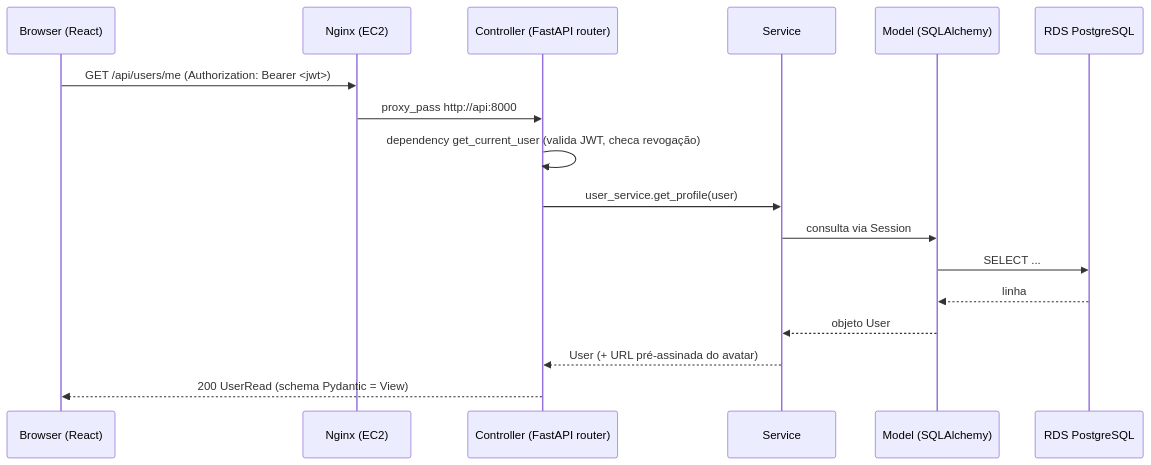
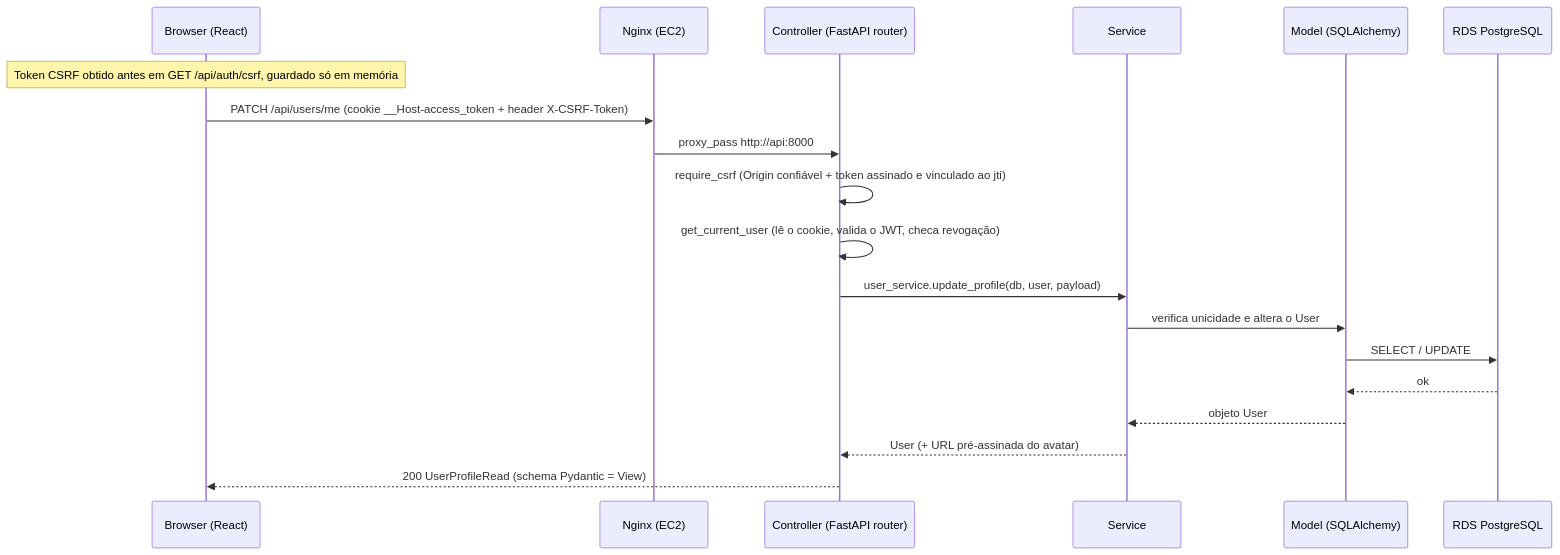
One commit to vickminari/aws-prototype changed the second of 3 diagrams in docs/ARQUITETURA.md. Above: the diagram before and after it, drawn with Mermaid. The commit also changed other lines of this file, not shown here.

First line of the commit message:
docs(arq): atualiza os diagramas da seção 2 com os recursos reais (#25)

````diff
--- a/docs/ARQUITETURA.md
+++ b/docs/ARQUITETURA.md
@@ -135,20 +156,22 @@
 ```mermaid
 sequenceDiagram
     participant B as Browser (React)
     participant N as Nginx (EC2)
     participant C as Controller (FastAPI router)
     participant S as Service
     participant M as Model (SQLAlchemy)
     participant DB as RDS PostgreSQL
 
-    B->>N: GET /api/users/me (Authorization: Bearer <jwt>)
+    Note over B: Token CSRF obtido antes em GET /api/auth/csrf, guardado só em memória
+    B->>N: PATCH /api/users/me (cookie __Host-access_token + header X-CSRF-Token)
     N->>C: proxy_pass http://api:8000
-    C->>C: dependency get_current_user (valida JWT, checa revogação)
-    C->>S: user_service.get_profile(user)
-    S->>M: consulta via Session
-    M->>DB: SELECT ...
-    DB-->>M: linha
+    C->>C: require_csrf (Origin confiável + token assinado e vinculado ao jti)
+    C->>C: get_current_user (lê o cookie, valida o JWT, checa revogação)
+    C->>S: user_service.update_profile(db, user, payload)
+    S->>M: verifica unicidade e altera o User
+    M->>DB: SELECT / UPDATE
+    DB-->>M: ok
     M-->>S: objeto User
     S-->>C: User (+ URL pré-assinada do avatar)
-    C-->>B: 200 UserRead (schema Pydantic = View)
+    C-->>B: 200 UserProfileRead (schema Pydantic = View)
 ```
````
